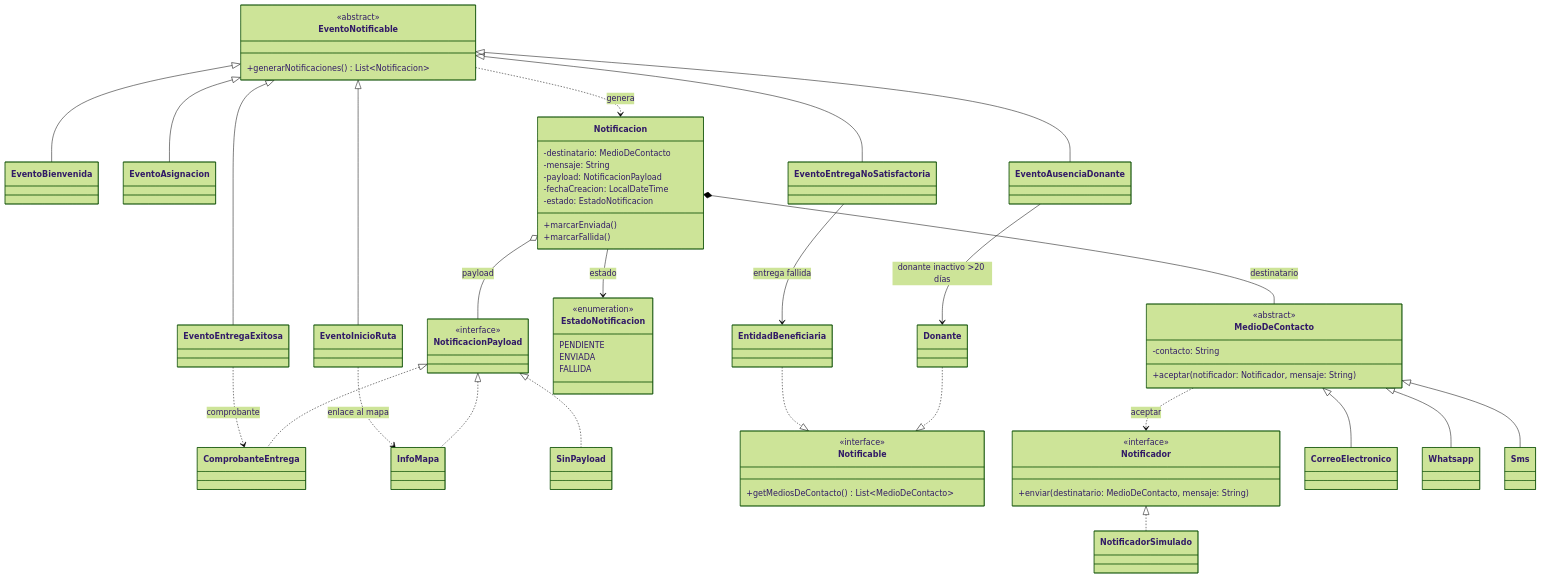
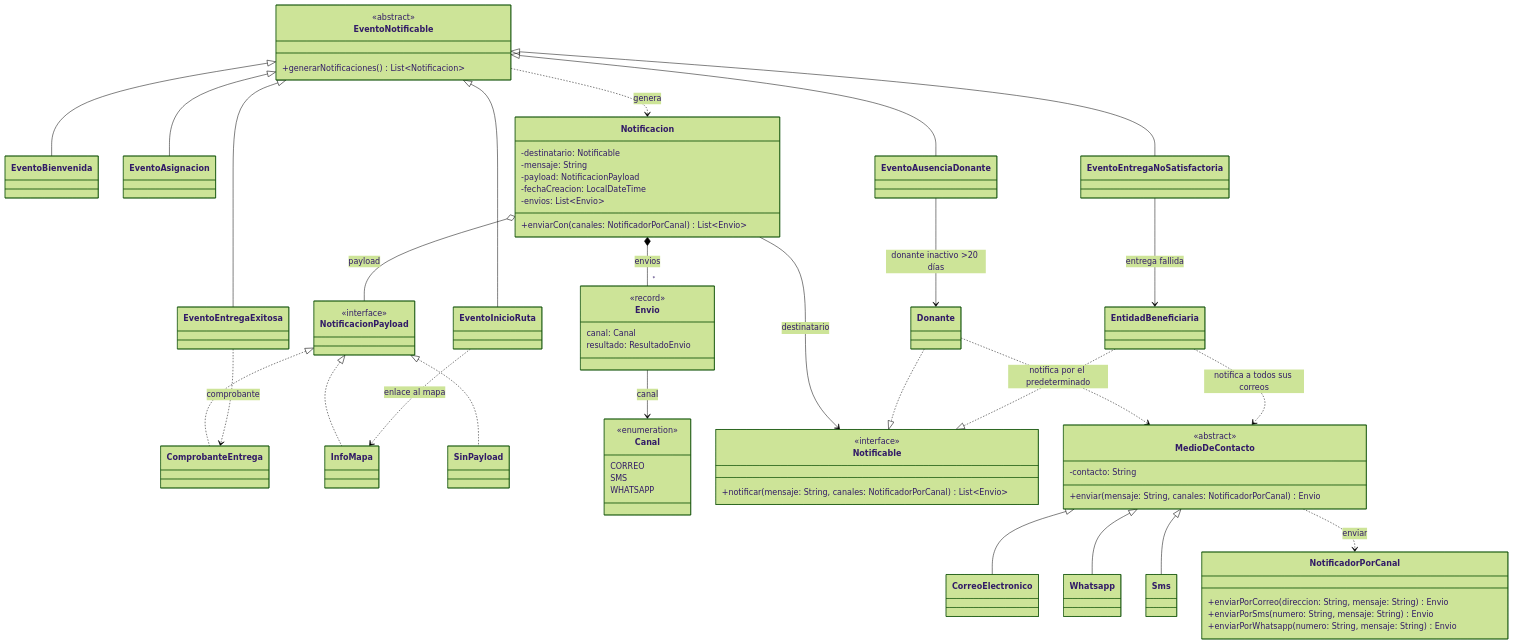
The diagram in docs/diagramas-por-requerimiento/e2-req2-notificaciones-eventos.mermaid (eonishi/tp-dds-2026-donatrack), drawn with Mermaid (forest theme) before and after one commit. The commit also changed 26 other files, not shown here.

```diff
--- a/docs/diagramas-por-requerimiento/e2-req2-notificaciones-eventos.mermaid
+++ b/docs/diagramas-por-requerimiento/e2-req2-notificaciones-eventos.mermaid
@@ -1,87 +1,93 @@
 %% ============================================================================
 %% ENTREGA 2 — Requerimiento 2
 %% "El sistema debe garantizar el envío de notificaciones por distintos medios
 %%  ante: inactividad de una persona donante, asignación de donaciones a la
 %%  entidad beneficiaria, inicio de rutas de las entregas y estado de las
 %%  entregas."
 %% Patrón Template Method (EventoNotificable.generarNotificaciones) + payloads.
 %% Fragmento mínimo del dominio involucrado.
 %% ============================================================================
 classDiagram
     direction TB
 
     class EventoNotificable {
         <<abstract>>
         +generarNotificaciones() List~Notificacion~
     }
     class EventoBienvenida
     class EventoAsignacion
     class EventoInicioRuta
     class EventoEntregaExitosa
     class EventoEntregaNoSatisfactoria
     class EventoAusenciaDonante
     class Notificacion {
-        -destinatario: MedioDeContacto
+        -destinatario: Notificable
         -mensaje: String
         -payload: NotificacionPayload
         -fechaCreacion: LocalDateTime
-        -estado: EstadoNotificacion
-        +marcarEnviada()
-        +marcarFallida()
+        -envios: List~Envio~
+        +enviarCon(canales: NotificadorPorCanal) List~Envio~
+    }
+    class Envio {
+        <<record>>
+        canal: Canal
+        resultado: ResultadoEnvio
     }
     class NotificacionPayload {
         <<interface>>
     }
     class ComprobanteEntrega
     class InfoMapa
     class SinPayload
-    class EstadoNotificacion {
+    class Canal {
         <<enumeration>>
-        PENDIENTE
-        ENVIADA
-        FALLIDA
+        CORREO
+        SMS
+        WHATSAPP
     }
     class Notificable {
         <<interface>>
-        +getMediosDeContacto() List~MedioDeContacto~
+        +notificar(mensaje: String, canales: NotificadorPorCanal) List~Envio~
     }
-    class Notificador {
-        <<interface>>
-        +enviar(destinatario: MedioDeContacto, mensaje: String)
+    class NotificadorPorCanal {
+        +enviarPorCorreo(direccion: String, mensaje: String) Envio
+        +enviarPorSms(numero: String, mensaje: String) Envio
+        +enviarPorWhatsapp(numero: String, mensaje: String) Envio
     }
-    class NotificadorSimulado
     class Donante
     class EntidadBeneficiaria
     class MedioDeContacto {
         <<abstract>>
         -contacto: String
-        +aceptar(notificador: Notificador, mensaje: String)
+        +enviar(mensaje: String, canales: NotificadorPorCanal) Envio
     }
     class CorreoElectronico
     class Whatsapp
     class Sms
 
     EventoNotificable <|-- EventoBienvenida
     EventoNotificable <|-- EventoAsignacion
     EventoNotificable <|-- EventoInicioRuta
     EventoNotificable <|-- EventoEntregaExitosa
     EventoNotificable <|-- EventoEntregaNoSatisfactoria
     EventoNotificable <|-- EventoAusenciaDonante
     EventoNotificable ..> Notificacion : genera
-    Notificacion *-- MedioDeContacto : destinatario
+    Notificacion --> Notificable : destinatario
     Notificacion o-- NotificacionPayload : payload
-    Notificacion --> EstadoNotificacion : estado
+    Notificacion *-- "*" Envio : envios
+    Envio --> Canal : canal
     NotificacionPayload <|.. ComprobanteEntrega
     NotificacionPayload <|.. InfoMapa
     NotificacionPayload <|.. SinPayload
     Donante ..|> Notificable
     EntidadBeneficiaria ..|> Notificable
-    Notificador <|.. NotificadorSimulado
     MedioDeContacto <|-- CorreoElectronico
     MedioDeContacto <|-- Whatsapp
     MedioDeContacto <|-- Sms
-    MedioDeContacto ..> Notificador : aceptar
+    Donante ..> MedioDeContacto : notifica por el predeterminado
+    EntidadBeneficiaria ..> MedioDeContacto : notifica a todos sus correos
+    MedioDeContacto ..> NotificadorPorCanal : enviar
     EventoInicioRuta ..> InfoMapa : enlace al mapa
     EventoEntregaExitosa ..> ComprobanteEntrega : comprobante
     EventoAusenciaDonante --> Donante : donante inactivo >20 días
     EventoEntregaNoSatisfactoria --> EntidadBeneficiaria : entrega fallida
```
